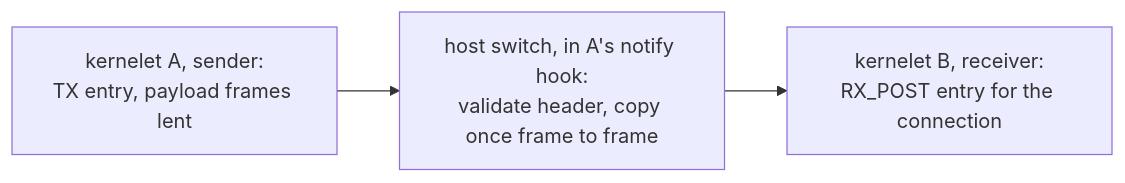
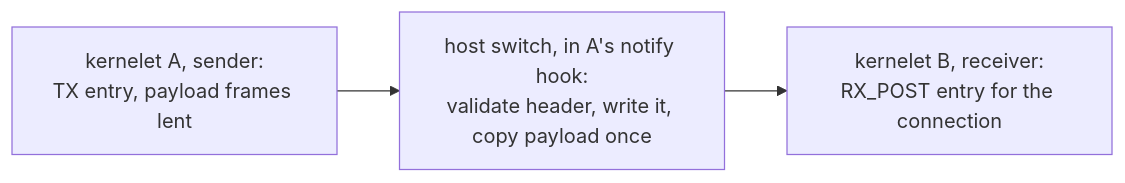
Before and after one commit to tatetian/kernelet-book: the fourth of 4 diagrams in src/blueprint/design/zero-copy-io.md, drawn with Mermaid. The commit also changed other lines of this file and 3 other files, not shown here.

````diff
--- a/src/blueprint/design/zero-copy-io.md
+++ b/src/blueprint/design/zero-copy-io.md
@@ -152,4 +152,4 @@
 ```mermaid
 flowchart LR
-  sa[kernelet A, sender:<br/>TX entry, payload frames lent] --> cp[host switch, in A's notify hook:<br/>validate header, copy once frame to frame] --> rb[kernelet B, receiver:<br/>RX_POST entry for the connection]
+  sa[kernelet A, sender:<br/>TX entry, payload frames lent] --> cp[host switch, in A's notify hook:<br/>validate header, write it, copy payload once] --> rb[kernelet B, receiver:<br/>RX_POST entry for the connection]
 ```
````
